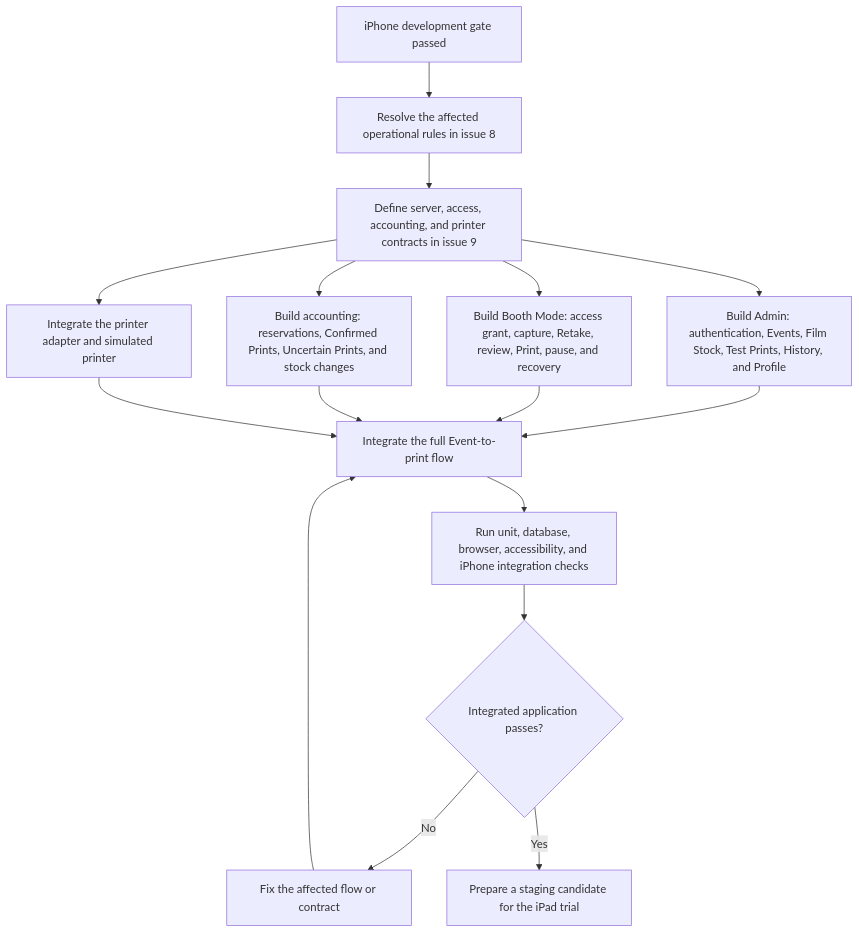
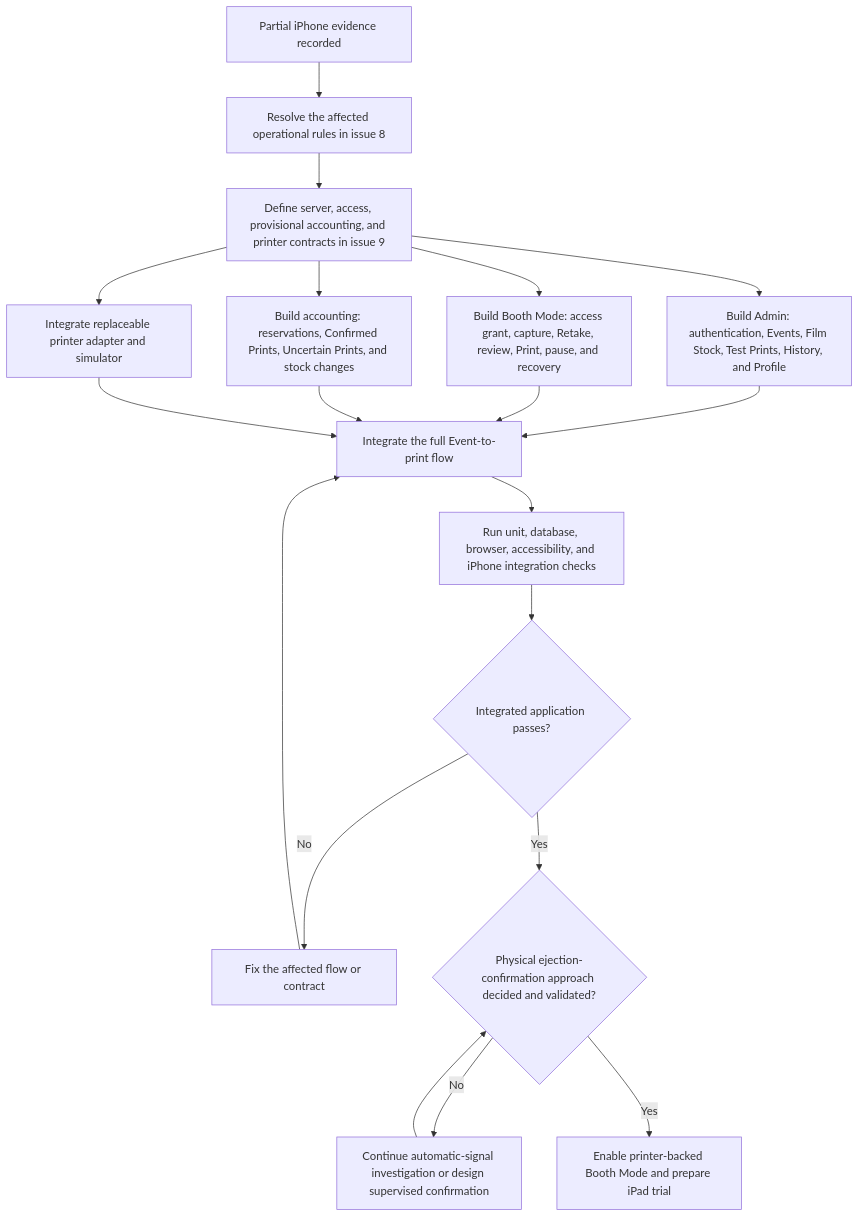
One commit to noelorph/diy-instax-photobooth changed the third of 4 diagrams in docs/diagrams/printing-to-deployment-flow.md. Above: the diagram before and after it, drawn with Mermaid. The commit also changed other lines of this file and 13 other files, not shown here.

````diff
--- a/docs/diagrams/printing-to-deployment-flow.md
+++ b/docs/diagrams/printing-to-deployment-flow.md
@@ -36,18 +36,21 @@
 ```mermaid
 flowchart TD
-    A["iPhone development gate passed"] --> B["Resolve the affected operational rules in issue 8"]
-    B --> C["Define server, access, accounting, and printer contracts in issue 9"]
+    A["Partial iPhone evidence recorded"] --> B["Resolve the affected operational rules in issue 8"]
+    B --> C["Define server, access, provisional accounting, and printer contracts in issue 9"]
     C --> D["Build Admin: authentication, Events, Film Stock, Test Prints, History, and Profile"]
     C --> E["Build Booth Mode: access grant, capture, Retake, review, Print, pause, and recovery"]
     C --> F["Build accounting: reservations, Confirmed Prints, Uncertain Prints, and stock changes"]
-    C --> G["Integrate the printer adapter and simulated printer"]
+    C --> G["Integrate replaceable printer adapter and simulator"]
     D --> H["Integrate the full Event-to-print flow"]
     E --> H
     F --> H
     G --> H
     H --> J["Run unit, database, browser, accessibility, and iPhone integration checks"]
     J --> K{"Integrated application passes?"}
     K -- No --> L["Fix the affected flow or contract"]
     L --> H
-    K -- Yes --> M["Prepare a staging candidate for the iPad trial"]
+    K -- Yes --> M{"Physical ejection-confirmation approach decided and validated?"}
+    M -- No --> N["Continue automatic-signal investigation or design supervised confirmation"]
+    N --> M
+    M -- Yes --> O["Enable printer-backed Booth Mode and prepare iPad trial"]
 ```
````
